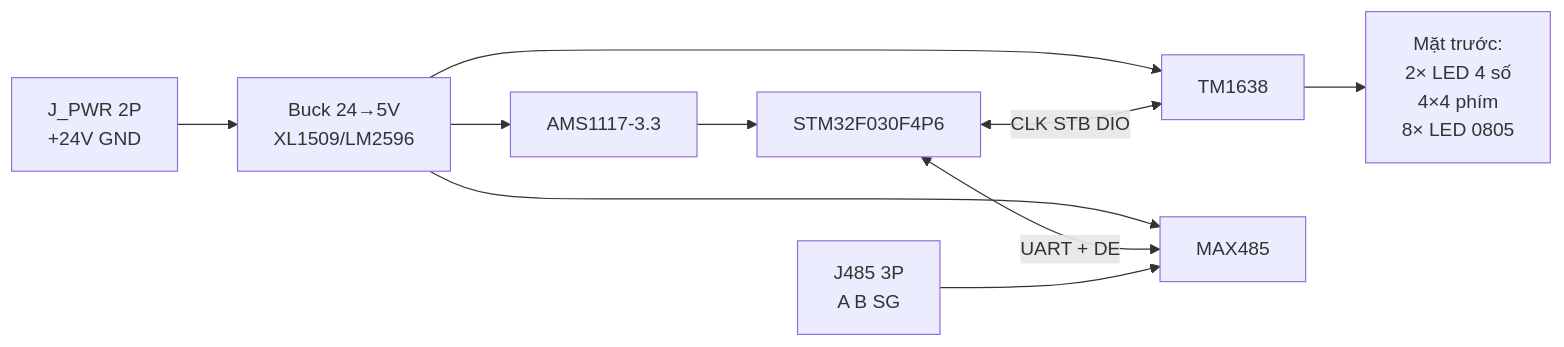
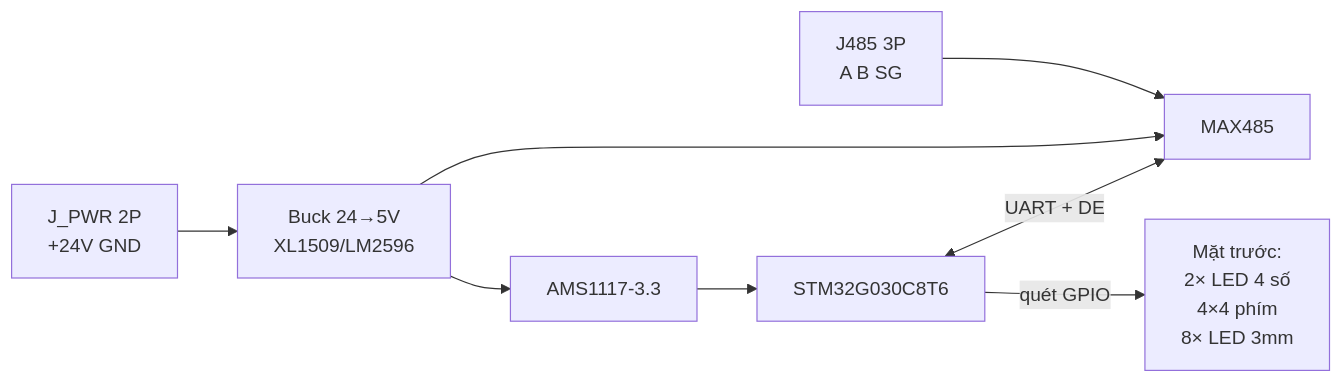
One commit to nguyenduchan/keyboard_rs485 changed the diagram in docs/SO_DO_NGUYEN_LY.md. Above: the diagram before and after it, drawn with Mermaid. The commit also changed other lines of this file and 29 other files, not shown here.

````diff
--- a/docs/SO_DO_NGUYEN_LY.md
+++ b/docs/SO_DO_NGUYEN_LY.md
@@ -5,21 +5,18 @@
 ```mermaid
 flowchart LR
   JPWR["J_PWR 2P\n+24V GND"]
   J485["J485 3P\nA B SG"]
   PWR["Buck 24→5V\nXL1509/LM2596"]
   LDO["AMS1117-3.3"]
-  STM["STM32F030F4P6"]
-  TM["TM1638"]
+  STM["STM32G030C8T6"]
   RS["MAX485"]
-  UI["Mặt trước:\n2× LED 4 số\n4×4 phím\n8× LED 0805"]
+  UI["Mặt trước:\n2× LED 4 số\n4×4 phím\n8× LED 3mm"]
 
   JPWR --> PWR
   PWR --> LDO
-  PWR --> TM
   PWR --> RS
   LDO --> STM
-  STM <-->|CLK STB DIO| TM
+  STM -->|quét GPIO| UI
   STM <-->|UART + DE| RS
   J485 --> RS
-  TM --> UI
 ```
````
